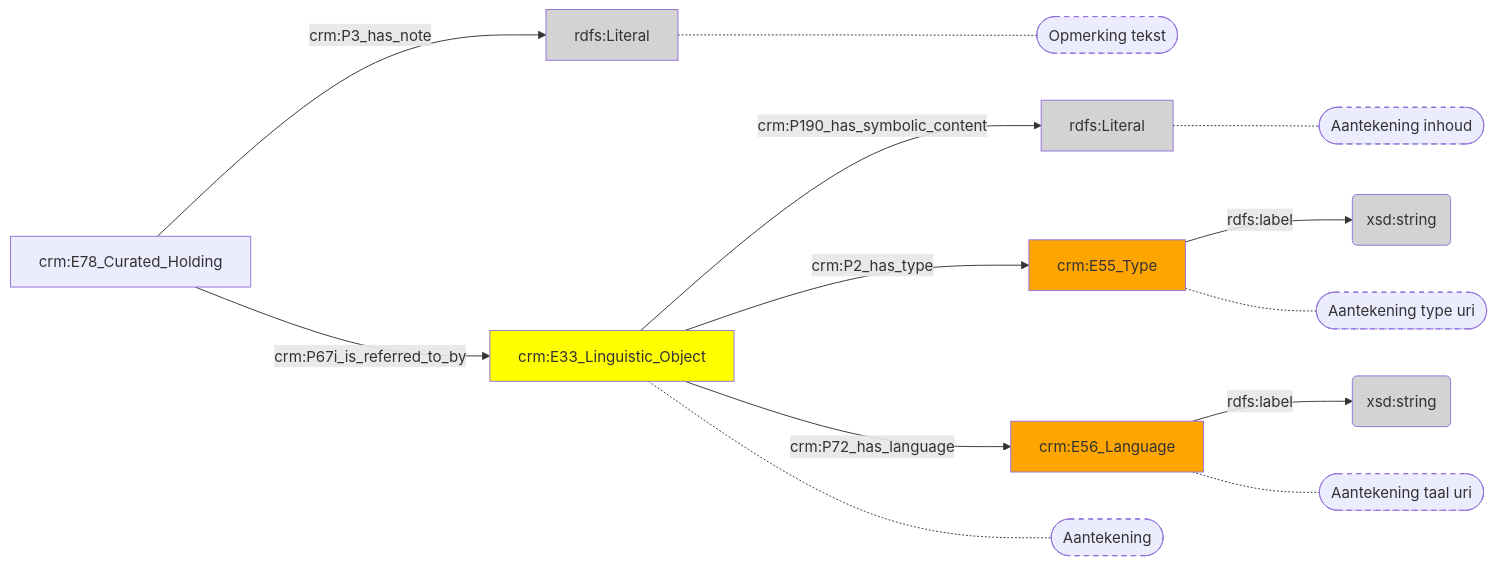
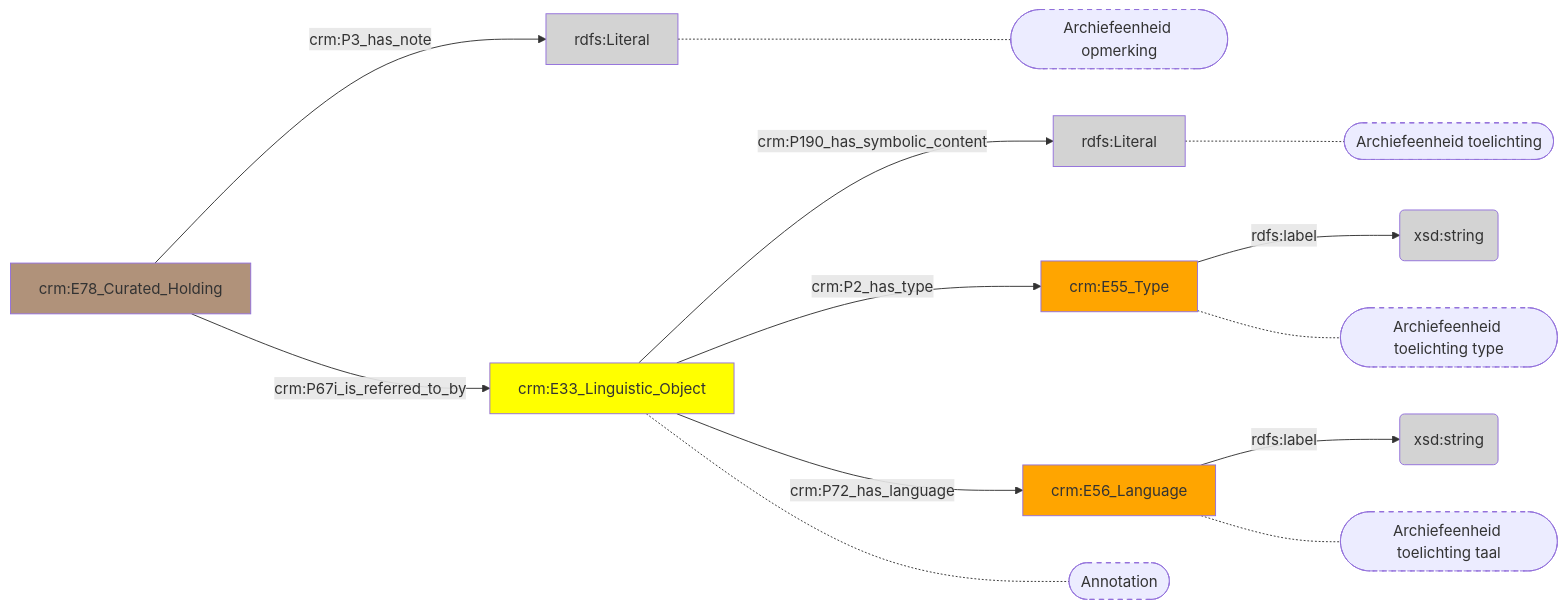
The diagram in docs/content/modellen/ArchivalUnit/Aantekeningen.md (digipolisantwerpdocumentation/antwerp-cultureel-erfgoed), drawn with Mermaid before and after one commit. The commit also changed 173 other files, not shown here.

````diff
--- a/docs/content/modellen/ArchivalUnit/Aantekeningen.md
+++ b/docs/content/modellen/ArchivalUnit/Aantekeningen.md
@@ -1,27 +1,28 @@
 ```mermaid
 graph LR
 3b21a34c-04fb-11ee-9497-96a6d2455259["crm:E33_Linguistic_Object"]-->|"crm:P190_has_symbolic_content"|3b21b012-04fb-11ee-9497-96a6d2455259(rdfs:Literal)
 3b21a73e-04fb-11ee-9497-96a6d2455259["crm:E78_Curated_Holding"]-->|"crm:P3_has_note"|3b219eec-04fb-11ee-9497-96a6d2455259(rdfs:Literal)
 3b21af72-04fb-11ee-9497-96a6d2455259["crm:E55_Type"]-->|"rdfs:label"|3b21b0bc-04fb-11ee-9497-96a6d2455259(xsd:string)
 3b21afc2-04fb-11ee-9497-96a6d2455259["crm:E56_Language"]-->|"rdfs:label"|3b21b062-04fb-11ee-9497-96a6d2455259(xsd:string)
 3b21a34c-04fb-11ee-9497-96a6d2455259["crm:E33_Linguistic_Object"]-->|"crm:P2_has_type"|3b21af72-04fb-11ee-9497-96a6d2455259["crm:E55_Type"]
 3b21a34c-04fb-11ee-9497-96a6d2455259["crm:E33_Linguistic_Object"]-->|"crm:P72_has_language"|3b21afc2-04fb-11ee-9497-96a6d2455259["crm:E56_Language"]
 3b21a73e-04fb-11ee-9497-96a6d2455259["crm:E78_Curated_Holding"]-->|"crm:P67i_is_referred_to_by"|3b21a34c-04fb-11ee-9497-96a6d2455259["crm:E33_Linguistic_Object"]
+3b21b012-04fb-11ee-9497-96a6d2455259["rdfs:Literal"]-.-3b21b012-04fb-11ee-9497-96a6d2455259_s(["Archiefeenheid toelichting"])
+3b21af72-04fb-11ee-9497-96a6d2455259["crm:E55_Type"]-.-3b21af72-04fb-11ee-9497-96a6d2455259_s(["Archiefeenheid toelichting type"])
+3b21afc2-04fb-11ee-9497-96a6d2455259["crm:E56_Language"]-.-3b21afc2-04fb-11ee-9497-96a6d2455259_s(["Archiefeenheid toelichting taal"])
+3b219eec-04fb-11ee-9497-96a6d2455259["rdfs:Literal"]-.-3b219eec-04fb-11ee-9497-96a6d2455259_s(["Archiefeenheid opmerking"])
+3b21a34c-04fb-11ee-9497-96a6d2455259["crm:E33_Linguistic_Object"]-.-3b21a34c-04fb-11ee-9497-96a6d2455259_s(["Annotation"])
 style 3b21b012-04fb-11ee-9497-96a6d2455259_s stroke-dasharray: 5
 style 3b21af72-04fb-11ee-9497-96a6d2455259_s stroke-dasharray: 5
 style 3b21afc2-04fb-11ee-9497-96a6d2455259_s stroke-dasharray: 5
 style 3b219eec-04fb-11ee-9497-96a6d2455259_s stroke-dasharray: 5
 style 3b21a34c-04fb-11ee-9497-96a6d2455259_s stroke-dasharray: 5
-3b21b012-04fb-11ee-9497-96a6d2455259["rdfs:Literal"]-.-3b21b012-04fb-11ee-9497-96a6d2455259_s(["Aantekening inhoud"])
-3b21af72-04fb-11ee-9497-96a6d2455259["crm:E55_Type"]-.-3b21af72-04fb-11ee-9497-96a6d2455259_s(["Aantekening type uri"])
-3b21afc2-04fb-11ee-9497-96a6d2455259["crm:E56_Language"]-.-3b21afc2-04fb-11ee-9497-96a6d2455259_s(["Aantekening taal uri"])
-3b219eec-04fb-11ee-9497-96a6d2455259["rdfs:Literal"]-.-3b219eec-04fb-11ee-9497-96a6d2455259_s(["Opmerking tekst"])
-3b21a34c-04fb-11ee-9497-96a6d2455259["crm:E33_Linguistic_Object"]-.-3b21a34c-04fb-11ee-9497-96a6d2455259_s(["Aantekening"])
 style 3b219eec-04fb-11ee-9497-96a6d2455259 fill:#D3D3D3
 style 3b21a34c-04fb-11ee-9497-96a6d2455259 fill:#ffff00
+style 3b21a73e-04fb-11ee-9497-96a6d2455259 fill:#B0927A
 style 3b21af72-04fb-11ee-9497-96a6d2455259 fill:#ffa500
 style 3b21afc2-04fb-11ee-9497-96a6d2455259 fill:#ffa500
 style 3b21b012-04fb-11ee-9497-96a6d2455259 fill:#D3D3D3
 style 3b21b062-04fb-11ee-9497-96a6d2455259 fill:#D3D3D3
 style 3b21b0bc-04fb-11ee-9497-96a6d2455259 fill:#D3D3D3
 ```
````
